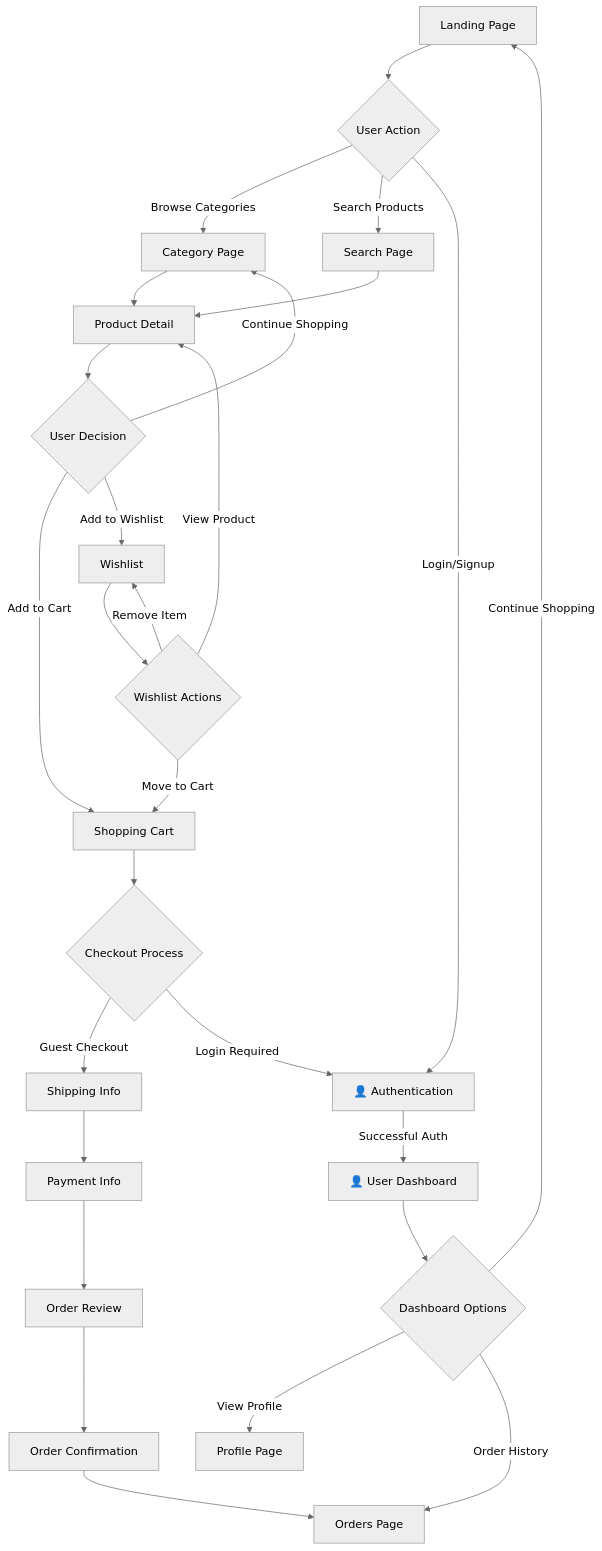
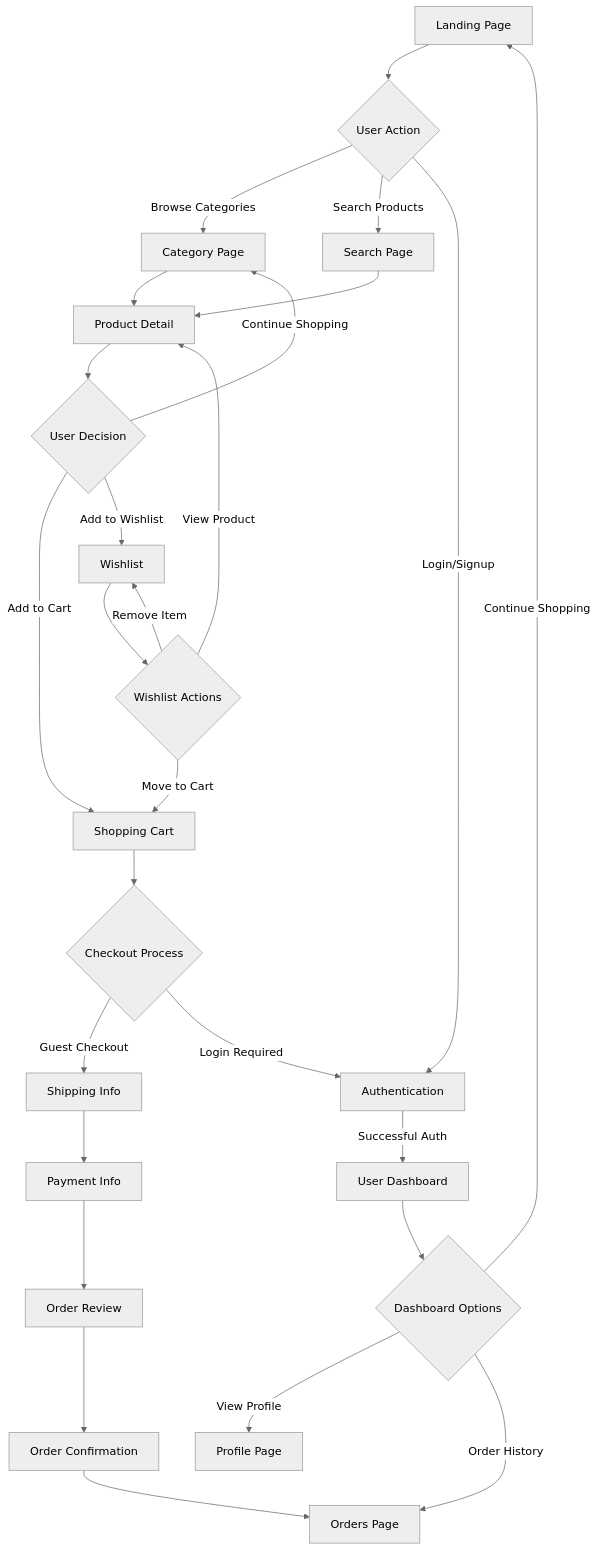
One commit to Ishu011/FashionTrend changed the diagram in README.md. Above: the diagram before and after it, drawn with Mermaid (neutral theme). The commit also changed other lines of this file, not shown here.

````diff
--- a/README.md
+++ b/README.md
@@ -87,36 +92,36 @@
 ```mermaid
 graph TD
     A[Landing Page] --> B{User Action}
     
     B -->|Browse Categories| C[ Category Page]
     B -->|Search Products| D[ Search Page]
-    B -->|Login/Signup| E[👤 Authentication]
+    B -->|Login/Signup| E[ Authentication]
     
     C --> F[ Product Detail]
     D --> F
     
     F --> G{User Decision}
     G -->|Add to Cart| H[ Shopping Cart]
     G -->|Add to Wishlist| I[Wishlist]
     G -->|Continue Shopping| C
     
     H --> J{Checkout Process}
     J -->|Guest Checkout| K[ Shipping Info]
     J -->|Login Required| E
     
-    E -->|Successful Auth| L[👤 User Dashboard]
+    E -->|Successful Auth| L[ User Dashboard]
     L --> M{Dashboard Options}
     M -->|View Profile| N[Profile Page]
     M -->|Order History| O[ Orders Page]
     M -->|Continue Shopping| A
     
     K --> P[ Payment Info]
     P --> Q[ Order Review]
     Q --> R[Order Confirmation]
     R --> O
     
     I --> S{Wishlist Actions}
     S -->|Move to Cart| H
     S -->|Remove Item| I
     S -->|View Product| F
 ```
````
